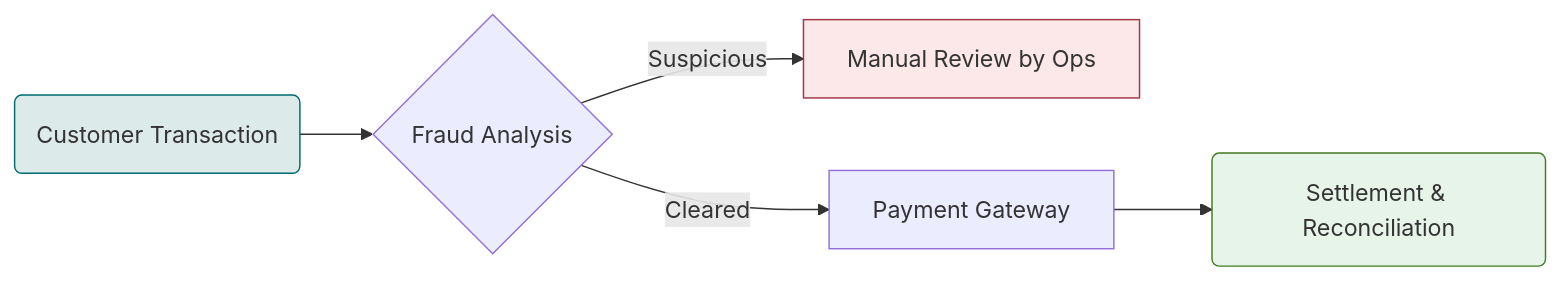
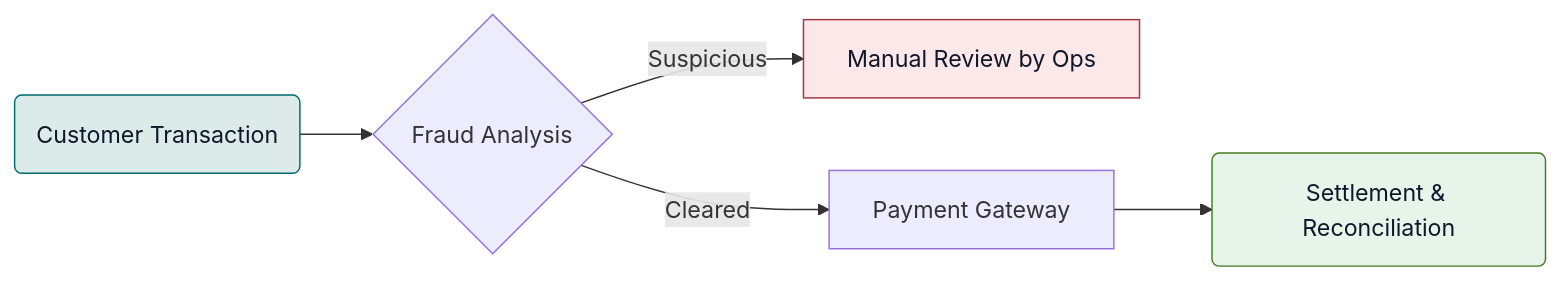
One commit to the-career-breweries/tcb-soft-skills changed the first of 2 diagrams in curriculum-app/src/content/lessons/ug/bcom/sem5/week18.md. Above: the diagram before and after it, drawn with Mermaid. The commit also changed other lines of this file and 5 other files, not shown here.

Commit message:
fix: resolve mermaid text illegibility in dark mode by removing global CSS color override and explicitly adding dark text colors to custom light-background nodes

````diff
--- a/curriculum-app/src/content/lessons/ug/bcom/sem5/week18.md
+++ b/curriculum-app/src/content/lessons/ug/bcom/sem5/week18.md
@@ -14,11 +14,11 @@
 ```mermaid
 flowchart LR
     A(Customer Transaction) --> B{Fraud Analysis}
     B -- Suspicious --> C[Manual Review by Ops]
     B -- Cleared --> D[Payment Gateway]
     D --> E(Settlement & Reconciliation)
     
-    style A fill:#dcebea,stroke:#01696f
-    style C fill:#fce8e8,stroke:#a13544
-    style E fill:#e6f4ea,stroke:#437a22
+    style A fill:#dcebea,stroke:#01696f,color:#0f172a
+    style C fill:#fce8e8,stroke:#a13544,color:#0f172a
+    style E fill:#e6f4ea,stroke:#437a22,color:#0f172a
 ```
````
